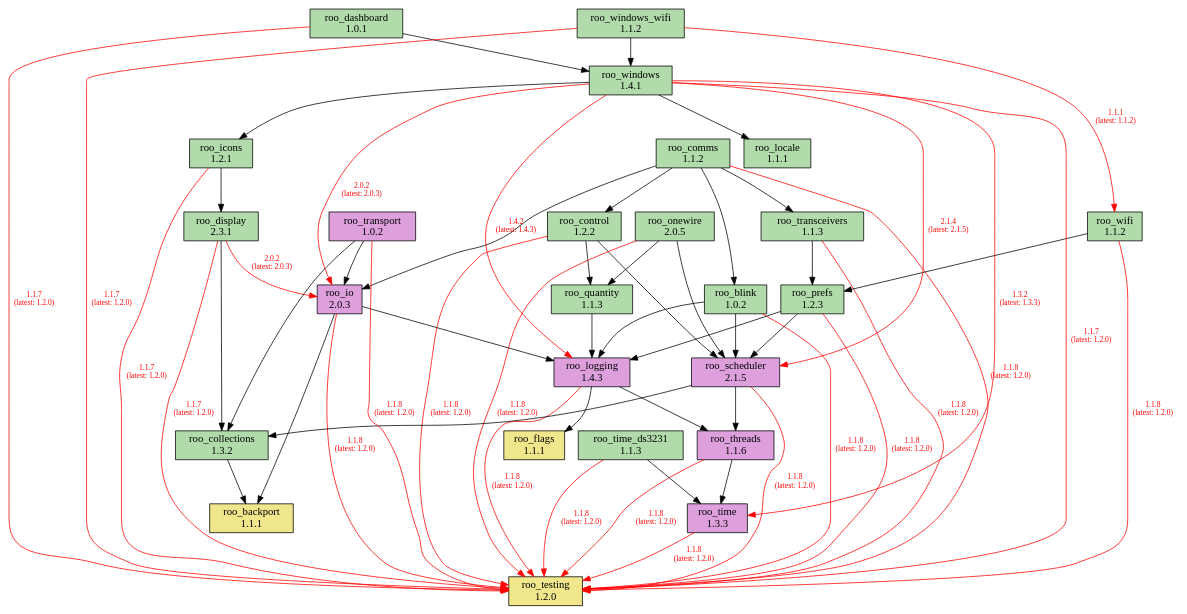
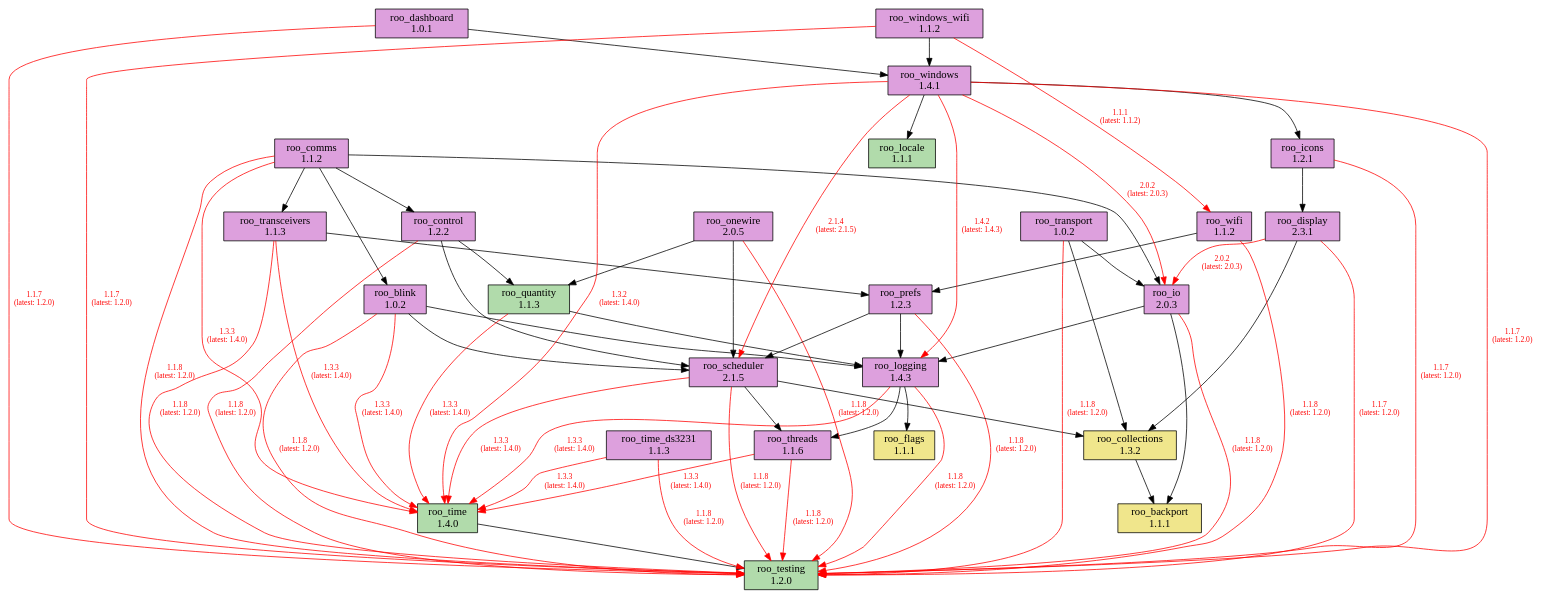
Before and after one commit to dejwk/roo-registry: the diagram in doc/dependencies.dot, drawn with Graphviz. The commit also changed 3 other files, not shown here.

Commit message:
Added roo_time 1.4.0 to the registry.

```diff
--- a/doc/dependencies.dot
+++ b/doc/dependencies.dot
@@ -1,91 +1,97 @@
 digraph dependencies {
     rankdir=TB;
     node [shape=box, style=filled];
     edge [fontsize=10];
 
     // Modules
     "roo_backport" [label="roo_backport\n1.1.1", fillcolor="khaki"];
-    "roo_blink" [label="roo_blink\n1.0.2", fillcolor="#b1dbab"];
-    "roo_collections" [label="roo_collections\n1.3.2", fillcolor="#b1dbab"];
-    "roo_comms" [label="roo_comms\n1.1.2", fillcolor="#b1dbab"];
-    "roo_control" [label="roo_control\n1.2.2", fillcolor="#b1dbab"];
-    "roo_dashboard" [label="roo_dashboard\n1.0.1", fillcolor="#b1dbab"];
-    "roo_display" [label="roo_display\n2.3.1", fillcolor="#b1dbab"];
+    "roo_blink" [label="roo_blink\n1.0.2", fillcolor="plum"];
+    "roo_collections" [label="roo_collections\n1.3.2", fillcolor="khaki"];
+    "roo_comms" [label="roo_comms\n1.1.2", fillcolor="plum"];
+    "roo_control" [label="roo_control\n1.2.2", fillcolor="plum"];
+    "roo_dashboard" [label="roo_dashboard\n1.0.1", fillcolor="plum"];
+    "roo_display" [label="roo_display\n2.3.1", fillcolor="plum"];
     "roo_flags" [label="roo_flags\n1.1.1", fillcolor="khaki"];
-    "roo_icons" [label="roo_icons\n1.2.1", fillcolor="#b1dbab"];
+    "roo_icons" [label="roo_icons\n1.2.1", fillcolor="plum"];
     "roo_io" [label="roo_io\n2.0.3", fillcolor="plum"];
     "roo_locale" [label="roo_locale\n1.1.1", fillcolor="#b1dbab"];
     "roo_logging" [label="roo_logging\n1.4.3", fillcolor="plum"];
-    "roo_onewire" [label="roo_onewire\n2.0.5", fillcolor="#b1dbab"];
-    "roo_prefs" [label="roo_prefs\n1.2.3", fillcolor="#b1dbab"];
+    "roo_onewire" [label="roo_onewire\n2.0.5", fillcolor="plum"];
+    "roo_prefs" [label="roo_prefs\n1.2.3", fillcolor="plum"];
     "roo_quantity" [label="roo_quantity\n1.1.3", fillcolor="#b1dbab"];
     "roo_scheduler" [label="roo_scheduler\n2.1.5", fillcolor="plum"];
-    "roo_testing" [label="roo_testing\n1.2.0", fillcolor="khaki"];
+    "roo_testing" [label="roo_testing\n1.2.0", fillcolor="#b1dbab"];
     "roo_threads" [label="roo_threads\n1.1.6", fillcolor="plum"];
-    "roo_time" [label="roo_time\n1.3.3", fillcolor="plum"];
-    "roo_time_ds3231" [label="roo_time_ds3231\n1.1.3", fillcolor="#b1dbab"];
-    "roo_transceivers" [label="roo_transceivers\n1.1.3", fillcolor="#b1dbab"];
+    "roo_time" [label="roo_time\n1.4.0", fillcolor="#b1dbab"];
+    "roo_time_ds3231" [label="roo_time_ds3231\n1.1.3", fillcolor="plum"];
+    "roo_transceivers" [label="roo_transceivers\n1.1.3", fillcolor="plum"];
     "roo_transport" [label="roo_transport\n1.0.2", fillcolor="plum"];
-    "roo_wifi" [label="roo_wifi\n1.1.2", fillcolor="#b1dbab"];
-    "roo_windows" [label="roo_windows\n1.4.1", fillcolor="#b1dbab"];
-    "roo_windows_wifi" [label="roo_windows_wifi\n1.1.2", fillcolor="#b1dbab"];
+    "roo_wifi" [label="roo_wifi\n1.1.2", fillcolor="plum"];
+    "roo_windows" [label="roo_windows\n1.4.1", fillcolor="plum"];
+    "roo_windows_wifi" [label="roo_windows_wifi\n1.1.2", fillcolor="plum"];
 
     // Dependencies
     "roo_blink" -> "roo_testing" [color=red, fontcolor=red, label="1.1.8\n(latest: 1.2.0)"];
     "roo_blink" -> "roo_logging";
     "roo_blink" -> "roo_scheduler";
+    "roo_blink" -> "roo_time" [color=red, fontcolor=red, label="1.3.3\n(latest: 1.4.0)"];
     "roo_collections" -> "roo_backport";
     "roo_comms" -> "roo_testing" [color=red, fontcolor=red, label="1.1.8\n(latest: 1.2.0)"];
     "roo_comms" -> "roo_blink";
     "roo_comms" -> "roo_control";
     "roo_comms" -> "roo_io";
+    "roo_comms" -> "roo_time" [color=red, fontcolor=red, label="1.3.3\n(latest: 1.4.0)"];
     "roo_comms" -> "roo_transceivers";
     "roo_control" -> "roo_testing" [color=red, fontcolor=red, label="1.1.8\n(latest: 1.2.0)"];
     "roo_control" -> "roo_quantity";
     "roo_control" -> "roo_scheduler";
     "roo_dashboard" -> "roo_testing" [color=red, fontcolor=red, label="1.1.7\n(latest: 1.2.0)"];
     "roo_dashboard" -> "roo_windows";
     "roo_display" -> "roo_testing" [color=red, fontcolor=red, label="1.1.7\n(latest: 1.2.0)"];
     "roo_display" -> "roo_collections";
     "roo_display" -> "roo_io" [color=red, fontcolor=red, label="2.0.2\n(latest: 2.0.3)"];
     "roo_icons" -> "roo_testing" [color=red, fontcolor=red, label="1.1.7\n(latest: 1.2.0)"];
     "roo_icons" -> "roo_display";
     "roo_io" -> "roo_testing" [color=red, fontcolor=red, label="1.1.8\n(latest: 1.2.0)"];
     "roo_io" -> "roo_backport";
     "roo_io" -> "roo_logging";
     "roo_logging" -> "roo_testing" [color=red, fontcolor=red, label="1.1.8\n(latest: 1.2.0)"];
     "roo_logging" -> "roo_flags";
+    "roo_logging" -> "roo_time" [color=red, fontcolor=red, label="1.3.3\n(latest: 1.4.0)"];
     "roo_logging" -> "roo_threads";
     "roo_onewire" -> "roo_testing" [color=red, fontcolor=red, label="1.1.8\n(latest: 1.2.0)"];
     "roo_onewire" -> "roo_scheduler";
     "roo_onewire" -> "roo_quantity";
     "roo_prefs" -> "roo_testing" [color=red, fontcolor=red, label="1.1.8\n(latest: 1.2.0)"];
     "roo_prefs" -> "roo_logging";
     "roo_prefs" -> "roo_scheduler";
     "roo_quantity" -> "roo_logging";
+    "roo_quantity" -> "roo_time" [color=red, fontcolor=red, label="1.3.3\n(latest: 1.4.0)"];
     "roo_scheduler" -> "roo_testing" [color=red, fontcolor=red, label="1.1.8\n(latest: 1.2.0)"];
     "roo_scheduler" -> "roo_collections";
     "roo_scheduler" -> "roo_threads";
+    "roo_scheduler" -> "roo_time" [color=red, fontcolor=red, label="1.3.3\n(latest: 1.4.0)"];
     "roo_threads" -> "roo_testing" [color=red, fontcolor=red, label="1.1.8\n(latest: 1.2.0)"];
-    "roo_threads" -> "roo_time";
-    "roo_time" -> "roo_testing" [color=red, fontcolor=red, label="1.1.8\n(latest: 1.2.0)"];
+    "roo_threads" -> "roo_time" [color=red, fontcolor=red, label="1.3.3\n(latest: 1.4.0)"];
+    "roo_time" -> "roo_testing";
     "roo_time_ds3231" -> "roo_testing" [color=red, fontcolor=red, label="1.1.8\n(latest: 1.2.0)"];
-    "roo_time_ds3231" -> "roo_time";
+    "roo_time_ds3231" -> "roo_time" [color=red, fontcolor=red, label="1.3.3\n(latest: 1.4.0)"];
     "roo_transceivers" -> "roo_testing" [color=red, fontcolor=red, label="1.1.8\n(latest: 1.2.0)"];
     "roo_transceivers" -> "roo_prefs";
+    "roo_transceivers" -> "roo_time" [color=red, fontcolor=red, label="1.3.3\n(latest: 1.4.0)"];
     "roo_transport" -> "roo_testing" [color=red, fontcolor=red, label="1.1.8\n(latest: 1.2.0)"];
     "roo_transport" -> "roo_collections";
     "roo_transport" -> "roo_io";
     "roo_wifi" -> "roo_testing" [color=red, fontcolor=red, label="1.1.8\n(latest: 1.2.0)"];
     "roo_wifi" -> "roo_prefs";
     "roo_windows" -> "roo_testing" [color=red, fontcolor=red, label="1.1.7\n(latest: 1.2.0)"];
     "roo_windows" -> "roo_locale";
     "roo_windows" -> "roo_logging" [color=red, fontcolor=red, label="1.4.2\n(latest: 1.4.3)"];
     "roo_windows" -> "roo_icons";
     "roo_windows" -> "roo_io" [color=red, fontcolor=red, label="2.0.2\n(latest: 2.0.3)"];
     "roo_windows" -> "roo_scheduler" [color=red, fontcolor=red, label="2.1.4\n(latest: 2.1.5)"];
-    "roo_windows" -> "roo_time" [color=red, fontcolor=red, label="1.3.2\n(latest: 1.3.3)"];
+    "roo_windows" -> "roo_time" [color=red, fontcolor=red, label="1.3.2\n(latest: 1.4.0)"];
     "roo_windows_wifi" -> "roo_testing" [color=red, fontcolor=red, label="1.1.7\n(latest: 1.2.0)"];
     "roo_windows_wifi" -> "roo_wifi" [color=red, fontcolor=red, label="1.1.1\n(latest: 1.1.2)"];
     "roo_windows_wifi" -> "roo_windows";
 }
```
